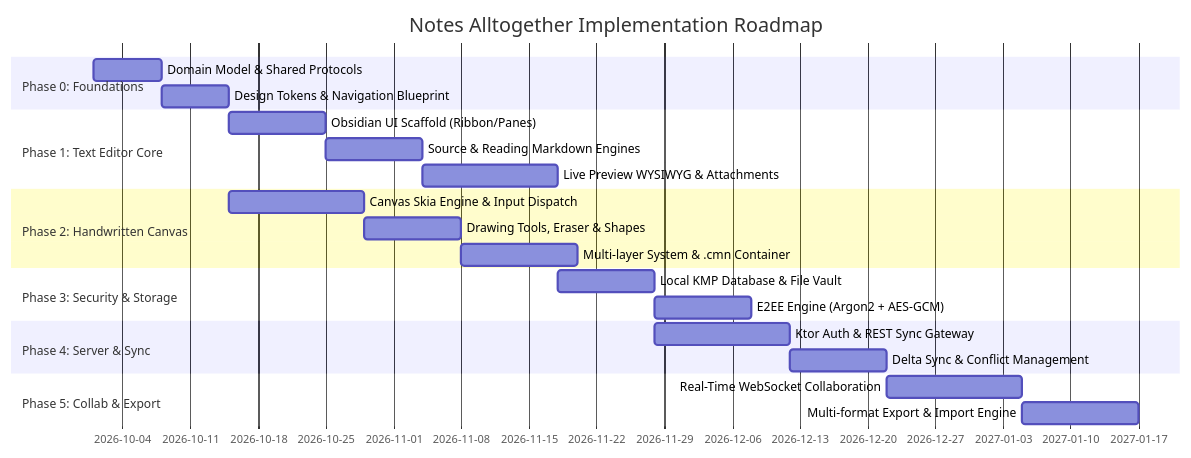
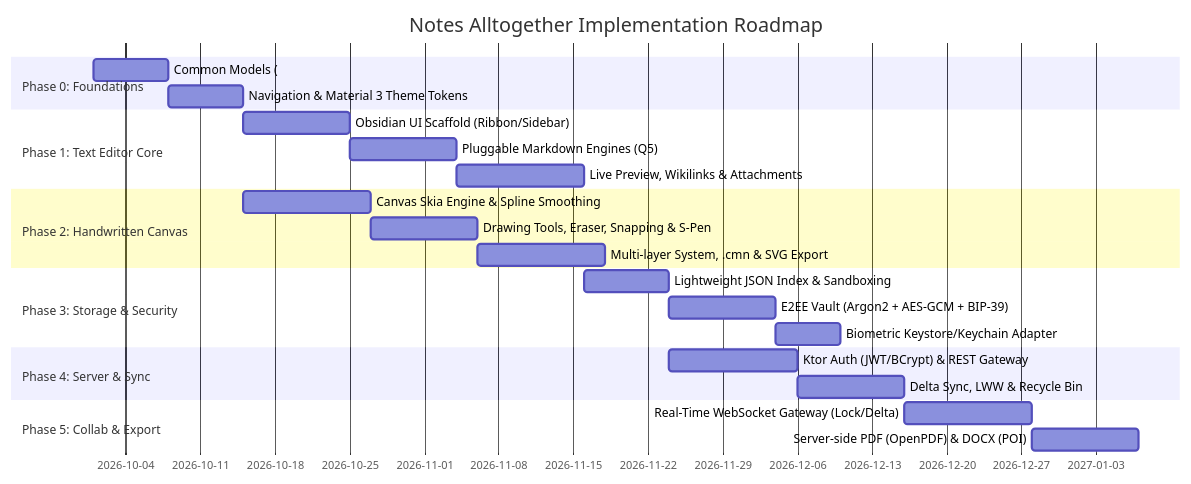
The second of 2 diagrams in docs/features.md (rokhlin/notesClientApp), drawn with Mermaid before and after one commit. The commit also changed other lines of this file and 1 other file, not shown here.

Commit message:
docs: add system dependencies and features documentation

````diff
--- a/docs/features.md
+++ b/docs/features.md
@@ -126,25 +141,26 @@
 ```mermaid
 gantt
     title Notes Alltogether Implementation Roadmap
     dateFormat  YYYY-MM-DD
     section Phase 0: Foundations
-    Domain Model & Shared Protocols       :p0_1, 2026-10-01, 7d
-    Design Tokens & Navigation Blueprint :p0_2, after p0_1, 7d
+    Common Models (:common-models module) :p0_1, 2026-10-01, 7d
+    Navigation & Material 3 Theme Tokens  :p0_2, after p0_1, 7d
     section Phase 1: Text Editor Core
-    Obsidian UI Scaffold (Ribbon/Panes)  :p1_1, after p0_2, 10d
-    Source & Reading Markdown Engines    :p1_2, after p1_1, 10d
-    Live Preview WYSIWYG & Attachments   :p1_3, after p1_2, 14d
+    Obsidian UI Scaffold (Ribbon/Sidebar):p1_1, after p0_2, 10d
+    Pluggable Markdown Engines (Q5)       :p1_2, after p1_1, 10d
+    Live Preview, Wikilinks & Attachments :p1_3, after p1_2, 12d
     section Phase 2: Handwritten Canvas
-    Canvas Skia Engine & Input Dispatch  :p2_1, after p0_2, 14d
-    Drawing Tools, Eraser & Shapes       :p2_2, after p2_1, 10d
-    Multi-layer System & .cmn Container  :p2_3, after p2_2, 12d
-    section Phase 3: Security & Storage
-    Local KMP Database & File Vault      :p3_1, after p1_3, 10d
-    E2EE Engine (Argon2 + AES-GCM)       :p3_2, after p3_1, 10d
+    Canvas Skia Engine & Spline Smoothing:p2_1, after p0_2, 12d
+    Drawing Tools, Eraser, Snapping & S-Pen:p2_2, after p2_1, 10d
+    Multi-layer System, .cmn & SVG Export:p2_3, after p2_2, 12d
+    section Phase 3: Storage & Security
+    Lightweight JSON Index & Sandboxing   :p3_1, after p1_3, 8d
+    E2EE Vault (Argon2 + AES-GCM + BIP-39):p3_2, after p3_1, 10d
+    Biometric Keystore/Keychain Adapter   :p3_3, after p3_2, 6d
     section Phase 4: Server & Sync
-    Ktor Auth & REST Sync Gateway        :p4_1, after p3_1, 14d
-    Delta Sync & Conflict Management     :p4_2, after p4_1, 10d
+    Ktor Auth (JWT/BCrypt) & REST Gateway :p4_1, after p3_1, 12d
+    Delta Sync, LWW & Recycle Bin         :p4_2, after p4_1, 10d
     section Phase 5: Collab & Export
-    Real-Time WebSocket Collaboration    :p5_1, after p4_2, 14d
-    Multi-format Export & Import Engine  :p5_2, after p5_1, 12d
+    Real-Time WebSocket Gateway (Lock/Delta):p5_1, after p4_2, 12d
+    Server-side PDF (OpenPDF) & DOCX (POI):p5_2, after p5_1, 10d
 ```
````
